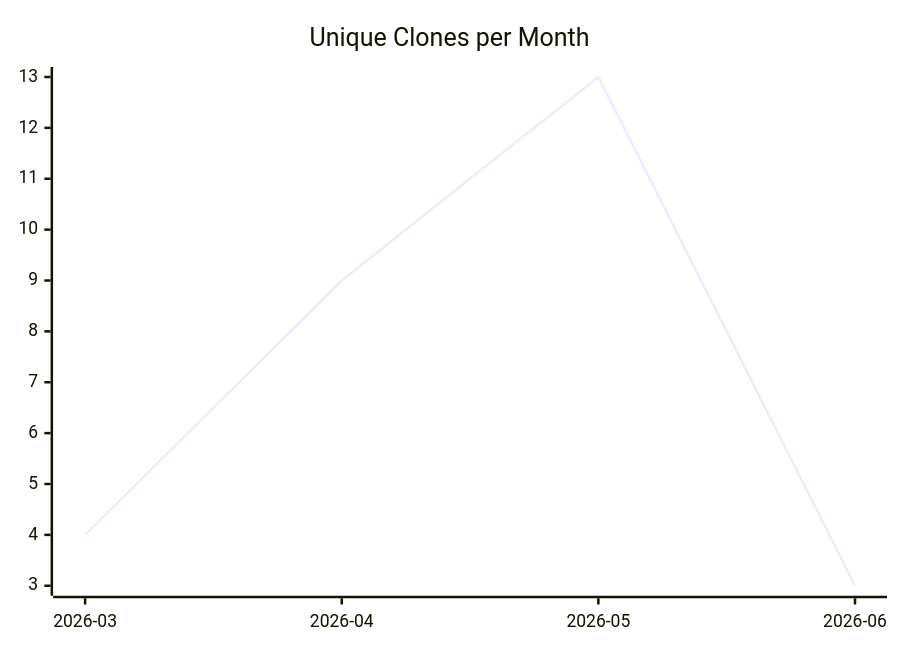
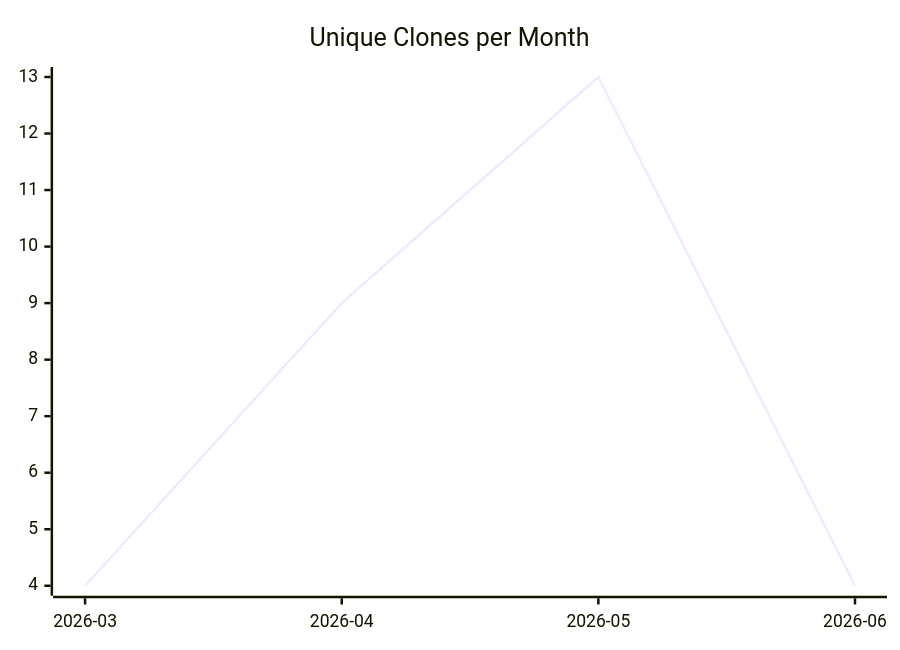
Before and after one commit to justdavis-family/github-analytics-data: the third of 3 diagrams in karlmdavis/justdavis-puppet/README.md, drawn with Mermaid. The commit also changed other lines of this file and 196 other files, not shown here.

````diff
--- a/karlmdavis/justdavis-puppet/README.md
+++ b/karlmdavis/justdavis-puppet/README.md
@@ -19,6 +19,6 @@
 ```mermaid
 xychart-beta
   title "Unique Clones per Month"
   x-axis ["2026-03", "2026-04", "2026-05", "2026-06"]
-  line [4, 9, 13, 3]
+  line [4, 9, 13, 4]
 ```
````
